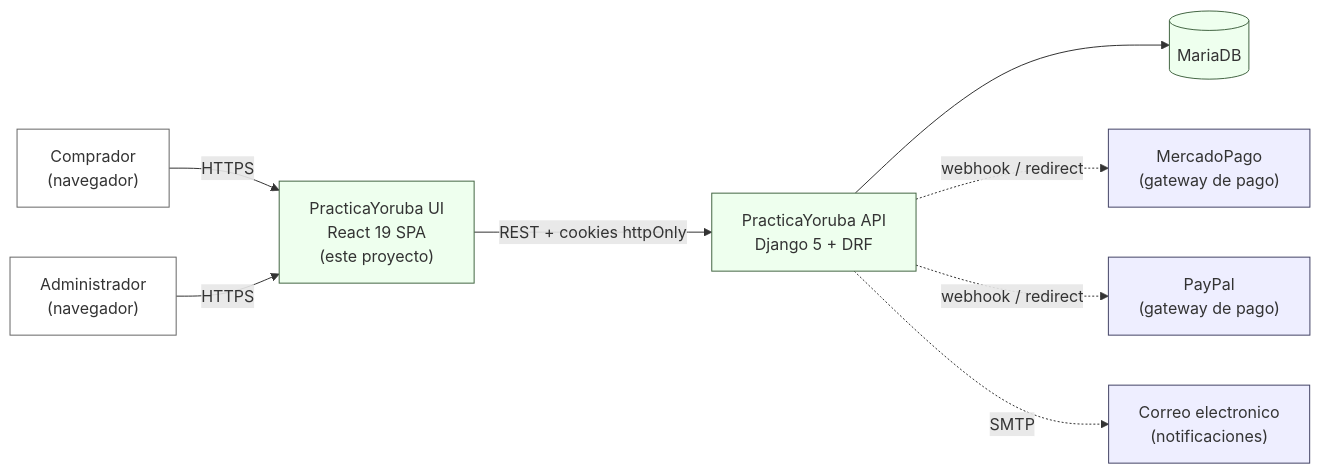
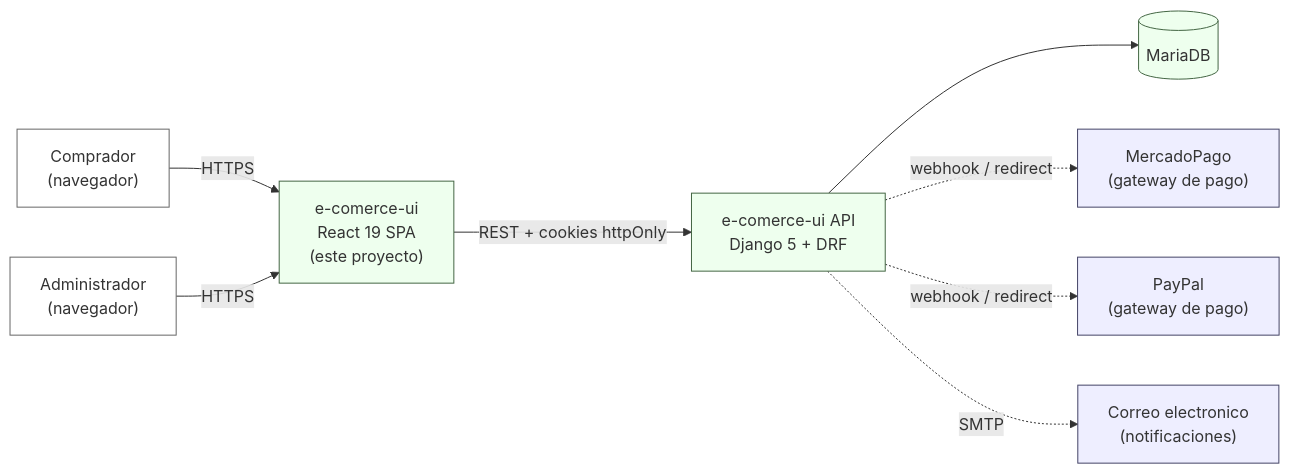
The diagram in docs/contexto-y-alcance-del-sistema/contexto-y-alcance-del-sistema.md (jcg-admin/template-ecommerce-ui), drawn with Mermaid before and after one commit. The commit also changed other lines of this file and 14 other files, not shown here.

````diff
--- a/docs/contexto-y-alcance-del-sistema/contexto-y-alcance-del-sistema.md
+++ b/docs/contexto-y-alcance-del-sistema/contexto-y-alcance-del-sistema.md
@@ -19,26 +19,26 @@
 ```mermaid
 flowchart LR
     Comprador["Comprador<br/>(navegador)"]
     Admin["Administrador<br/>(navegador)"]
-    UI["PracticaYoruba UI<br/>React 19 SPA<br/>(este proyecto)"]
-    API["PracticaYoruba API<br/>Django 5 + DRF"]
+    UI["e-comerce-ui<br/>React 19 SPA<br/>(este proyecto)"]
+    API["e-comerce-ui API<br/>Django 5 + DRF"]
     DB[("MariaDB")]
     MP["MercadoPago<br/>(gateway de pago)"]
     PP["PayPal<br/>(gateway de pago)"]
     Mail["Correo electronico<br/>(notificaciones)"]
 
     Comprador -->|"HTTPS"| UI
     Admin -->|"HTTPS"| UI
     UI -->|"REST + cookies httpOnly"| API
     API --> DB
     API -.->|"webhook / redirect"| MP
     API -.->|"webhook / redirect"| PP
     API -.->|"SMTP"| Mail
 
     classDef external fill:#eef,stroke:#446,stroke-width:1px;
     classDef system fill:#efe,stroke:#464,stroke-width:1px;
     classDef user fill:#fff,stroke:#666,stroke-width:1px;
     class Comprador,Admin user;
     class UI,API,DB system;
     class MP,PP,Mail external;
 ```
````
